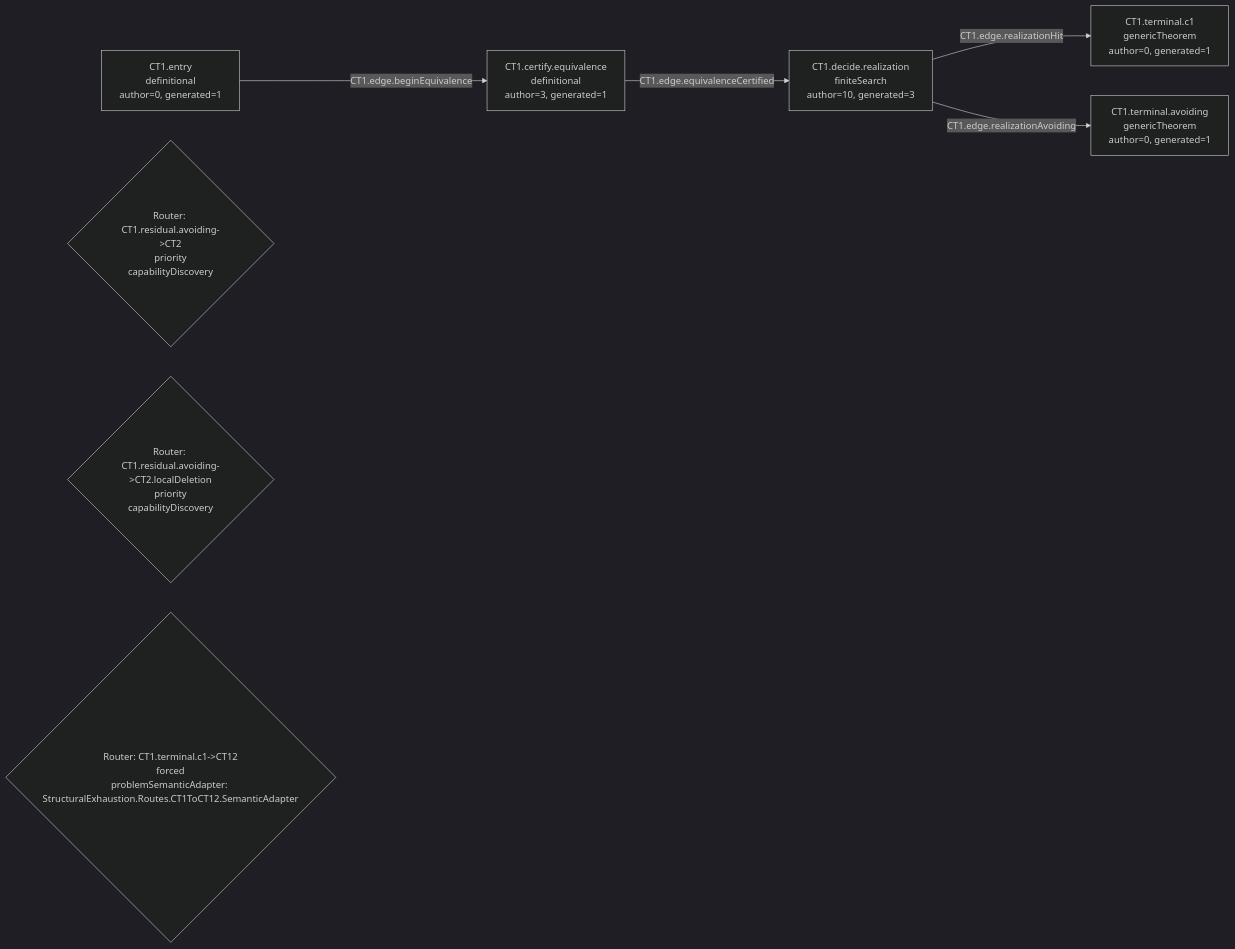
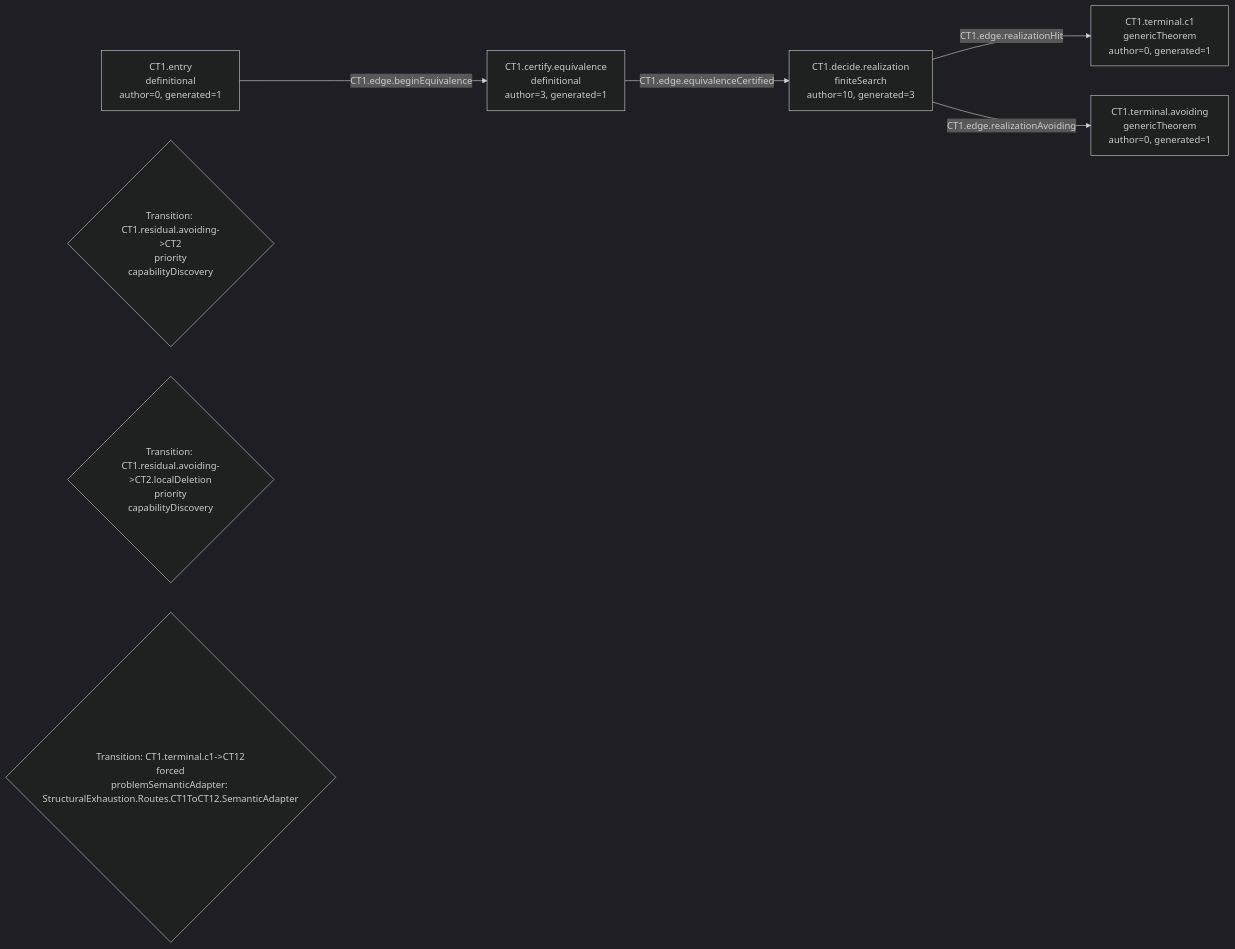
The diagram in generated/mermaid/CT1.mmd (Guillemdb/structural_exhaustion), drawn with Mermaid (dark theme) before and after one commit. The commit also changed 601 other files, not shown here.

```diff
--- a/generated/mermaid/CT1.mmd
+++ b/generated/mermaid/CT1.mmd
@@ -1,13 +1,13 @@
 flowchart LR
   N1["CT1.entry<br/>definitional<br/>author=0, generated=1"]
   N2["CT1.certify.equivalence<br/>definitional<br/>author=3, generated=1"]
   N3["CT1.decide.realization<br/>finiteSearch<br/>author=10, generated=3"]
   N4["CT1.terminal.c1<br/>genericTheorem<br/>author=0, generated=1"]
   N5["CT1.terminal.avoiding<br/>genericTheorem<br/>author=0, generated=1"]
   N1 -->|CT1.edge.beginEquivalence| N2
   N2 -->|CT1.edge.equivalenceCertified| N3
   N3 -->|CT1.edge.realizationHit| N4
   N3 -->|CT1.edge.realizationAvoiding| N5
-  R1{"Router: CT1.residual.avoiding->CT2<br/>priority<br/>capabilityDiscovery"}
-  R2{"Router: CT1.residual.avoiding->CT2.localDeletion<br/>priority<br/>capabilityDiscovery"}
-  R3{"Router: CT1.terminal.c1->CT12<br/>forced<br/>problemSemanticAdapter: StructuralExhaustion.Routes.CT1ToCT12.SemanticAdapter"}
+  P1{"Transition: CT1.residual.avoiding->CT2<br/>priority<br/>capabilityDiscovery"}
+  P2{"Transition: CT1.residual.avoiding->CT2.localDeletion<br/>priority<br/>capabilityDiscovery"}
+  P3{"Transition: CT1.terminal.c1->CT12<br/>forced<br/>problemSemanticAdapter: StructuralExhaustion.Routes.CT1ToCT12.SemanticAdapter"}
```
